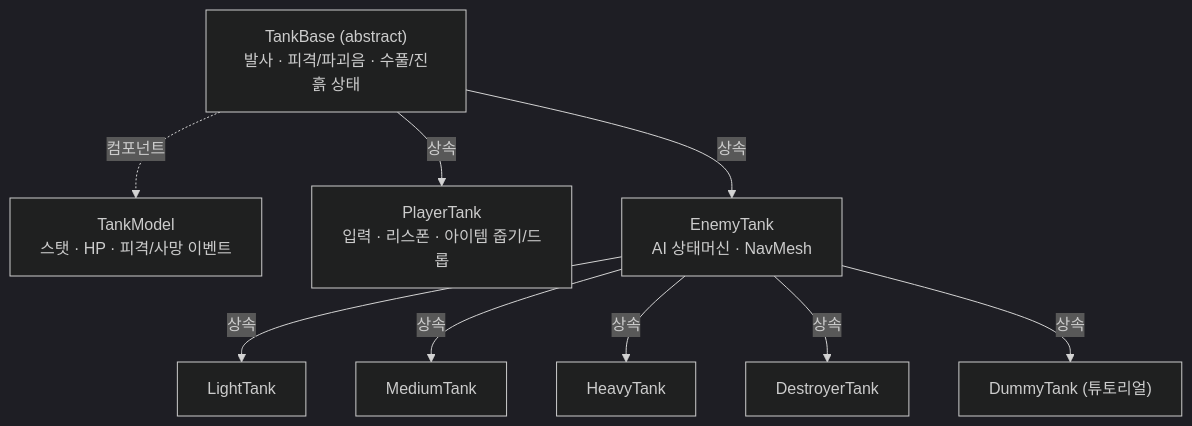
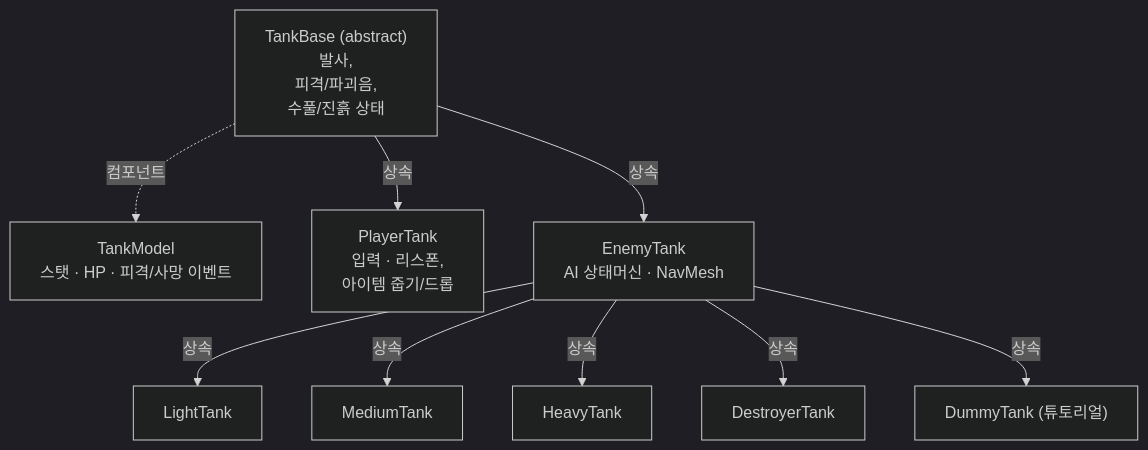
The third of 9 diagrams in README.md (gesua/PanzerCity_scripts), drawn with Mermaid (dark theme) before and after one commit. The commit also changed other lines of this file, not shown here.

````diff
--- a/README.md
+++ b/README.md
@@ -210,21 +210,21 @@
 ```mermaid
 flowchart TD
-    TB["TankBase (abstract)<br/>발사 · 피격/파괴음 · 수풀/진흙 상태"]
-    TM["TankModel<br/>스탯 · HP · 피격/사망 이벤트"]
-    PT["PlayerTank<br/>입력 · 리스폰 · 아이템 줍기/드롭"]
-    ET["EnemyTank<br/>AI 상태머신 · NavMesh"]
+    TB["TankBase (abstract)<br>발사,<br>피격/파괴음,<br>수풀/진흙 상태"]
+    TM["TankModel<br>스탯 · HP · 피격/사망 이벤트"]
+    PT["PlayerTank<br>입력 · 리스폰,<br>아이템 줍기/드롭"]
+    ET["EnemyTank<br>AI 상태머신 · NavMesh"]
     LT["LightTank"]
     MT["MediumTank"]
     HT["HeavyTank"]
     DT["DestroyerTank"]
     DM["DummyTank (튜토리얼)"]
 
     TB -. 컴포넌트 .-> TM
     TB -->|상속| PT
     TB -->|상속| ET
     ET -->|상속| LT
     ET -->|상속| MT
     ET -->|상속| HT
     ET -->|상속| DT
     ET -->|상속| DM
 ```
````
